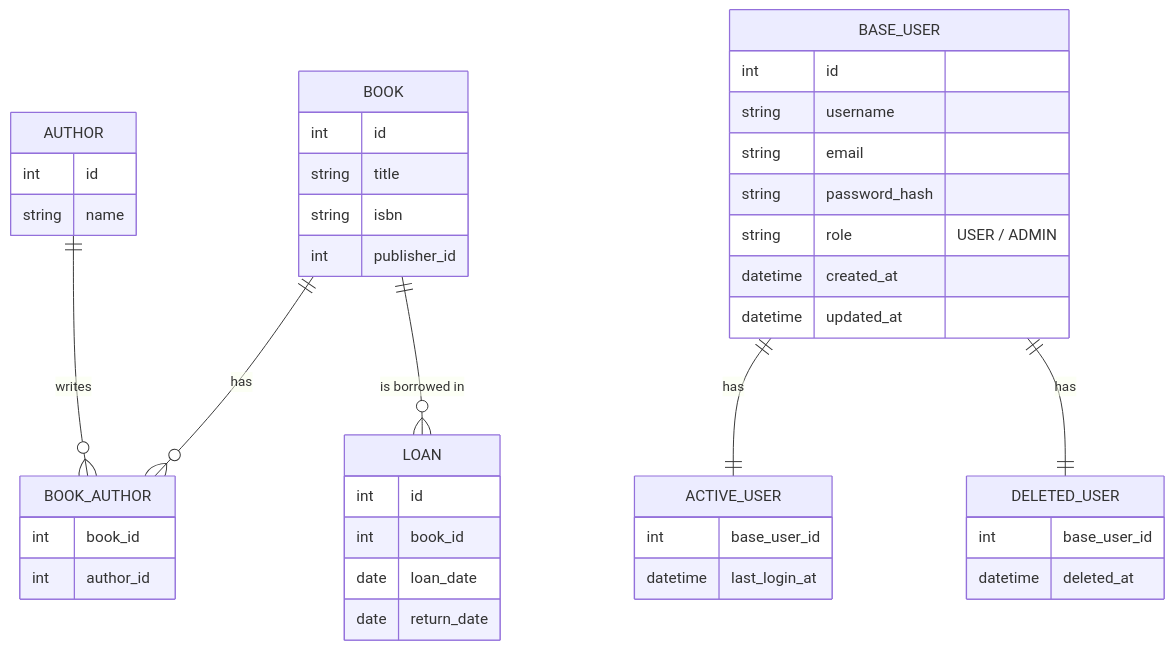
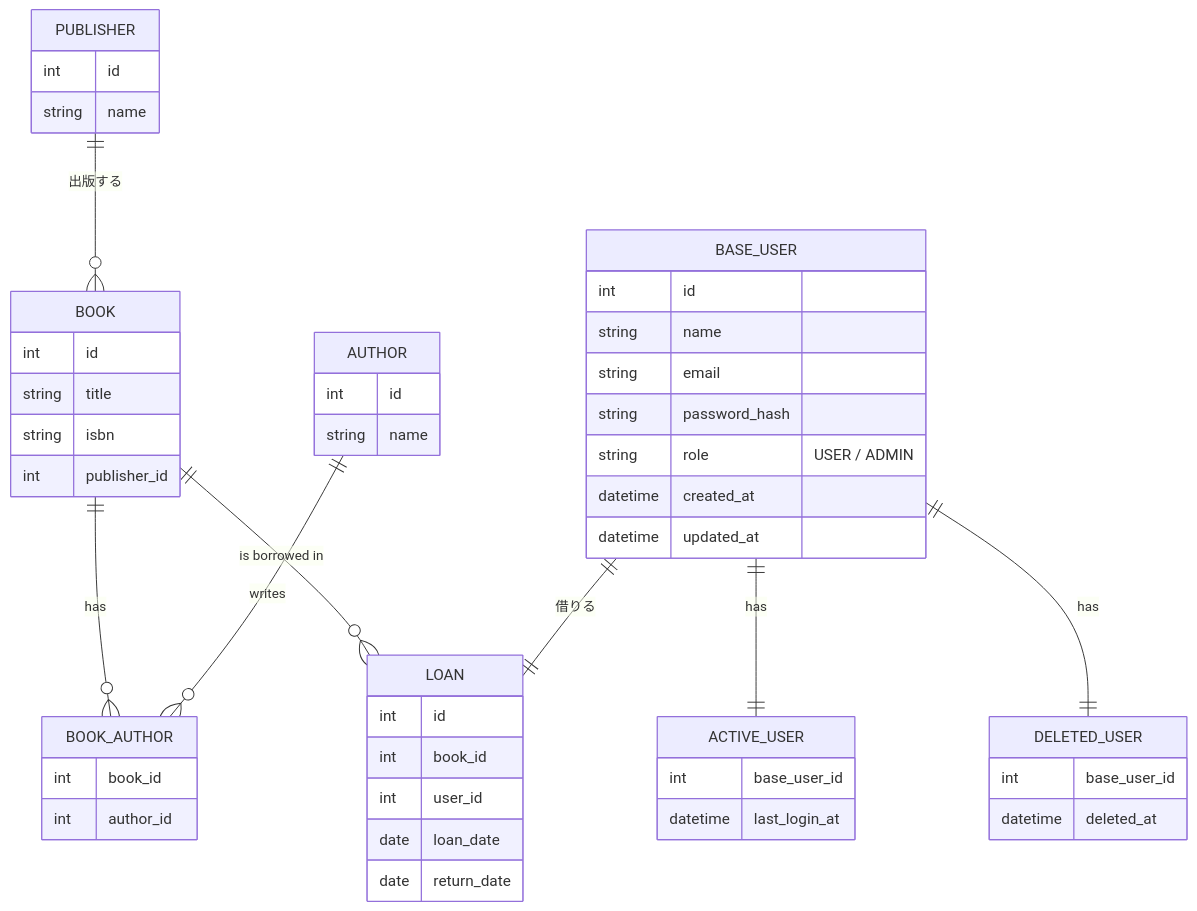
Before and after one commit to nulltemp/study-repository: the diagram in document/library-cataloging-system/docs/er-diagram.md, drawn with Mermaid. The commit also changed 1 other file, not shown here.

Commit message:
更新

````diff
--- a/document/library-cataloging-system/docs/er-diagram.md
+++ b/document/library-cataloging-system/docs/er-diagram.md
@@ -1,46 +1,53 @@
 ```mermaid
 erDiagram
     BOOK {
         int id
         string title
         string isbn
         int publisher_id
+    }
+    PUBLISHER {
+        int id
+        string name
     }
     AUTHOR {
         int id
         string name
     }
     BOOK_AUTHOR {
         int book_id
         int author_id
     }
     LOAN {
         int id
         int book_id
+        int user_id
         date loan_date
         date return_date
     }
     BASE_USER {
         int id
-        string username
+        string name
         string email
         string password_hash
         string role       "USER / ADMIN"
         datetime created_at
         datetime updated_at
     }
     ACTIVE_USER {
         int base_user_id
         datetime last_login_at
     }
     DELETED_USER {
         int base_user_id
         datetime deleted_at
     }
 
     BOOK ||--o{ BOOK_AUTHOR : "has"
     AUTHOR ||--o{ BOOK_AUTHOR : "writes"
+    PUBLISHER ||--o{ BOOK : 出版する
     BOOK ||--o{ LOAN : "is borrowed in"
+    BASE_USER ||--|| LOAN : "借りる"
     BASE_USER ||--|| ACTIVE_USER : has
     BASE_USER ||--|| DELETED_USER : has
 ```
````
